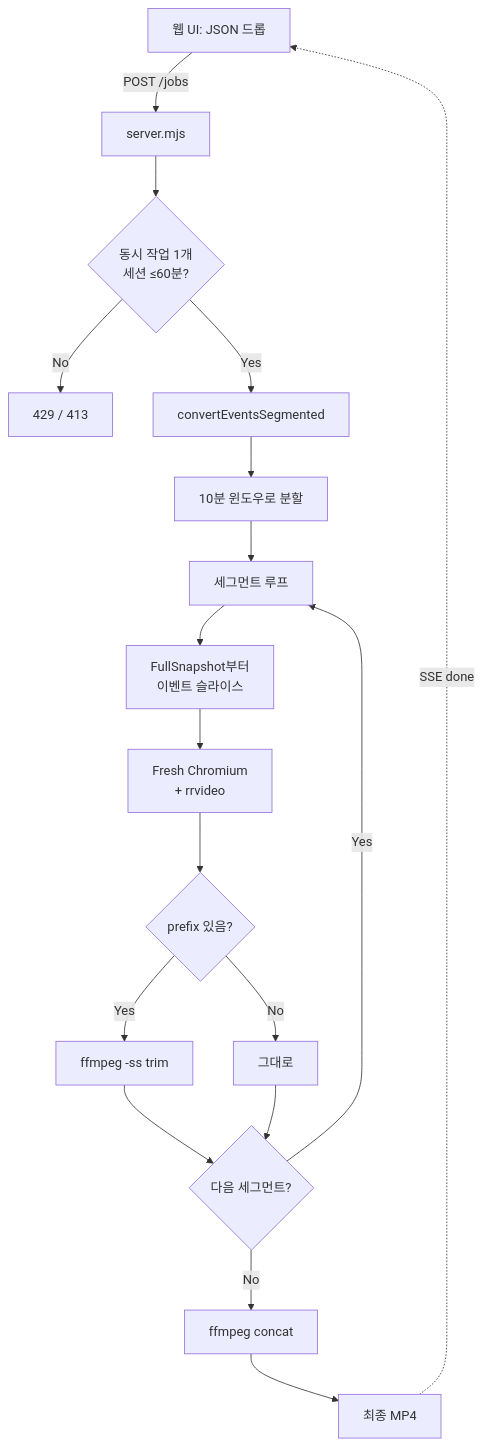
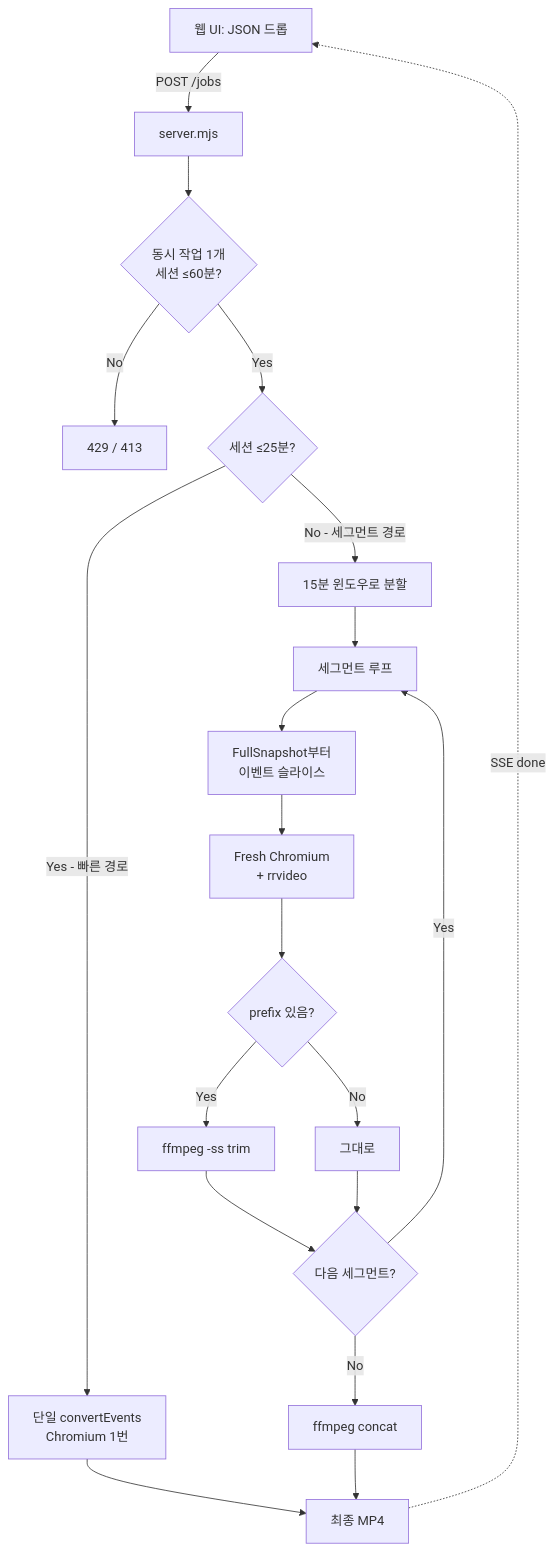
The first of 2 diagrams in README.md (hov-i/rrweb-to-mp4), drawn with Mermaid before and after one commit. The commit also changed other lines of this file and 2 other files, not shown here.

````diff
--- a/README.md
+++ b/README.md
@@ -57,20 +62,22 @@
 ```mermaid
 flowchart TD
     A[웹 UI: JSON 드롭] -->|POST /jobs| B[server.mjs]
     B --> C{동시 작업 1개<br/>세션 ≤60분?}
     C -->|No| X[429 / 413]
-    C -->|Yes| D[convertEventsSegmented]
-    D --> E[10분 윈도우로 분할]
+    C -->|Yes| D{세션 ≤25분?}
+    D -->|Yes - 빠른 경로| Q[단일 convertEvents<br/>Chromium 1번]
+    D -->|No - 세그먼트 경로| E[15분 윈도우로 분할]
     E --> F[세그먼트 루프]
     F --> G[FullSnapshot부터<br/>이벤트 슬라이스]
     G --> H[Fresh Chromium<br/>+ rrvideo]
     H --> I{prefix 있음?}
     I -->|Yes| J[ffmpeg -ss trim]
     I -->|No| K[그대로]
     J --> L{다음 세그먼트?}
     K --> L
     L -->|Yes| F
     L -->|No| M[ffmpeg concat]
-    M --> N[최종 MP4]
+    Q --> N[최종 MP4]
+    M --> N
     N -.SSE done.-> A
 ```
````
